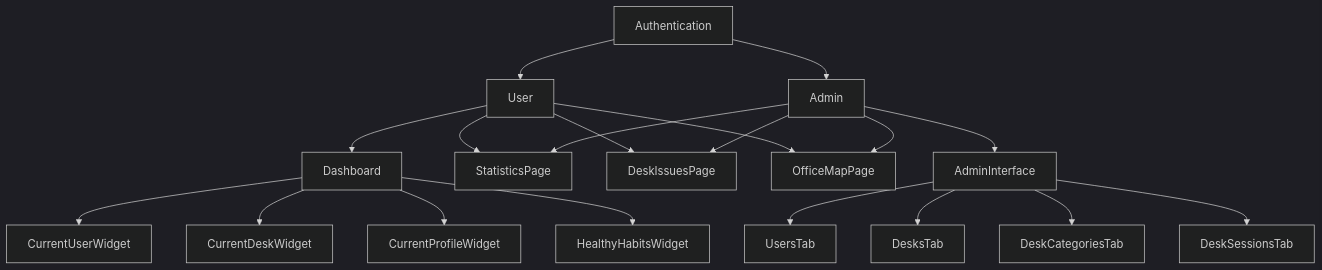
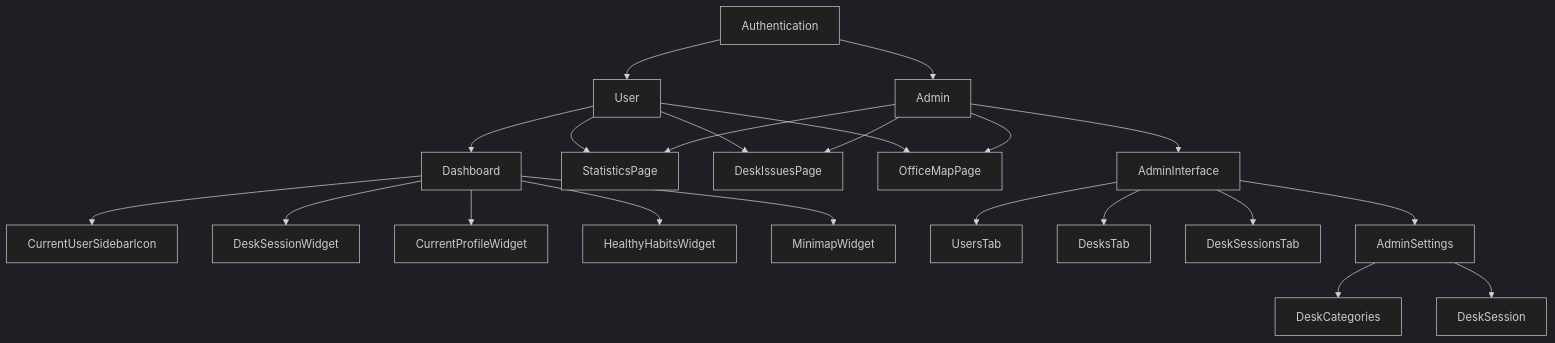
The diagram in docs/design-updated/frontend_modules.mermaid (gizul25/dus), drawn with Mermaid (dark theme) before and after one commit. The commit also changed 9 other files, not shown here.

```diff
--- a/docs/design-updated/frontend_modules.mermaid
+++ b/docs/design-updated/frontend_modules.mermaid
@@ -1,19 +1,22 @@
 flowchart TD
     Authentication --> User
     Authentication --> Admin
     User --> Dashboard
-    Dashboard --> CurrentUserWidget
-    Dashboard --> CurrentDeskWidget
+    Dashboard --> CurrentUserSidebarIcon
+    Dashboard --> DeskSessionWidget
     Dashboard --> CurrentProfileWidget
     Dashboard --> HealthyHabitsWidget
+    Dashboard --> MinimapWidget
     User --> StatisticsPage
     User --> DeskIssuesPage
     User --> OfficeMapPage
     Admin --> AdminInterface
     AdminInterface --> UsersTab
     AdminInterface --> DesksTab
-    AdminInterface --> DeskCategoriesTab
     AdminInterface --> DeskSessionsTab
+    AdminInterface --> AdminSettings
+    AdminSettings --> DeskCategories
+    AdminSettings --> DeskSession
     Admin --> StatisticsPage
     Admin --> OfficeMapPage
     Admin --> DeskIssuesPage
```
